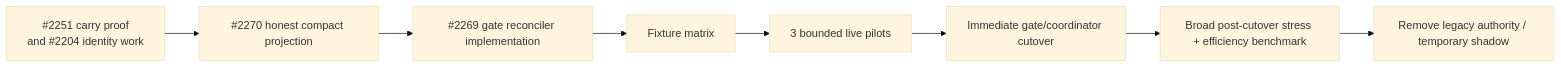
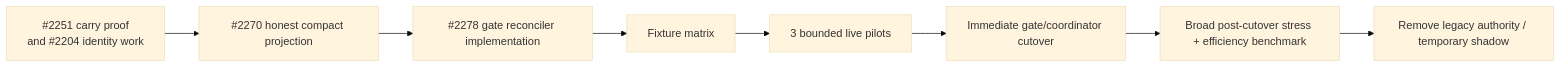
Diagram 25 of 26 in docs/decisions/0074-deterministic-reconciliation-owns-mechanical-transitions.md (mfittko/dev-loops), drawn with Mermaid (base theme) before and after one commit. The commit also changed other lines of this file, not shown here.

````diff
--- a/docs/decisions/0074-deterministic-reconciliation-owns-mechanical-transitions.md
+++ b/docs/decisions/0074-deterministic-reconciliation-owns-mechanical-transitions.md
@@ -1138,10 +1141,10 @@
 ```mermaid
 flowchart LR
     A[#2251 carry proof<br/>and #2204 identity work] --> B[#2270 honest compact projection]
-    B --> C[#2269 gate reconciler implementation]
+    B --> C[#2278 gate reconciler implementation]
     C --> D[Fixture matrix]
     D --> E[3 bounded live pilots]
     E --> F[Immediate gate/coordinator cutover]
     F --> G[Broad post-cutover stress + efficiency benchmark]
     G --> H[Remove legacy authority / temporary shadow]
 ```
````
